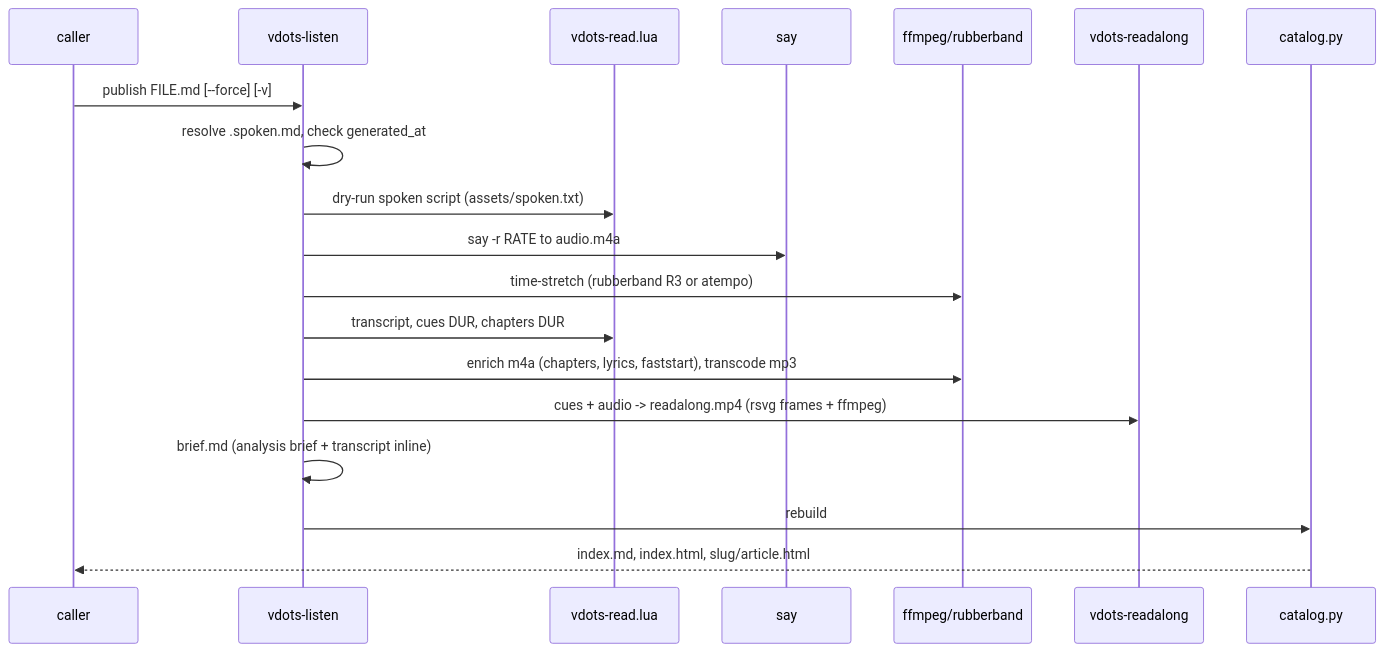
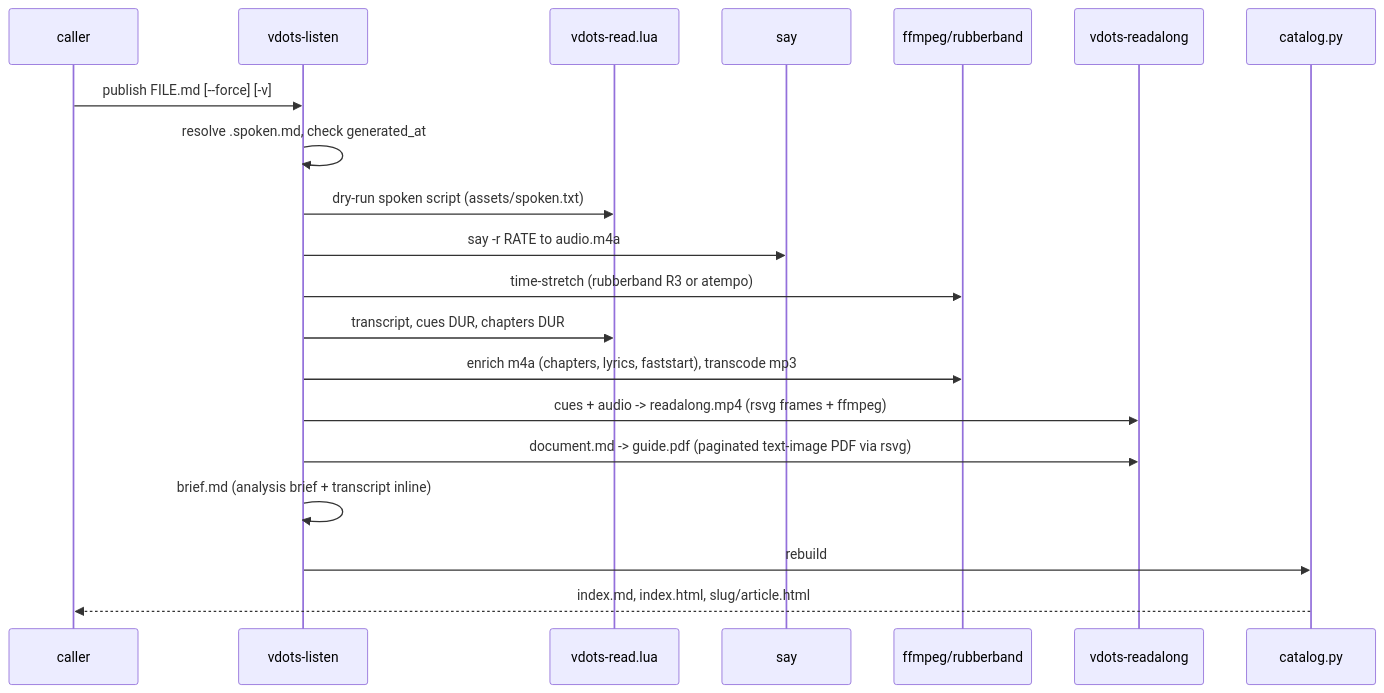
One commit to just3ws/vdots changed the second of 2 diagrams in docs/wiki/Read-Aloud.md. Above: the diagram before and after it, drawn with Mermaid. The commit also changed other lines of this file and 15 other files, not shown here.

First line of the commit message:
feat(listen): guide.pdf — document.md as a paginated OCR-friendly PDF

````diff
--- a/docs/wiki/Read-Aloud.md
+++ b/docs/wiki/Read-Aloud.md
@@ -116,21 +116,22 @@
 ```mermaid
 sequenceDiagram
   participant U as caller
   participant L as vdots-listen
   participant R as vdots-read.lua
   participant S as say
   participant F as ffmpeg/rubberband
   participant V as vdots-readalong
   participant P as catalog.py
   U->>L: publish FILE.md [--force] [-v]
   L->>L: resolve .spoken.md, check generated_at
   L->>R: dry-run spoken script (assets/spoken.txt)
   L->>S: say -r RATE to audio.m4a
   L->>F: time-stretch (rubberband R3 or atempo)
   L->>R: transcript, cues DUR, chapters DUR
   L->>F: enrich m4a (chapters, lyrics, faststart), transcode mp3
   L->>V: cues + audio -> readalong.mp4 (rsvg frames + ffmpeg)
+  L->>V: document.md -> guide.pdf (paginated text-image PDF via rsvg)
   L->>L: brief.md (analysis brief + transcript inline)
   L->>P: rebuild
   P-->>U: index.md, index.html, slug/article.html
 ```
````
